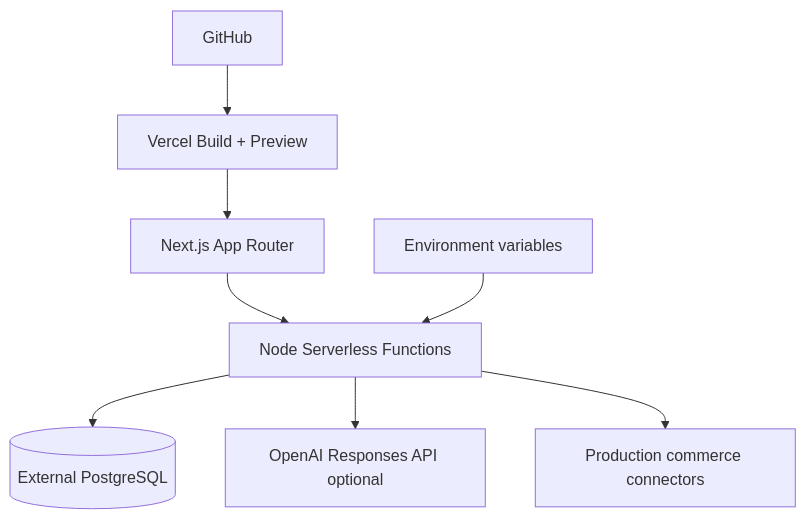
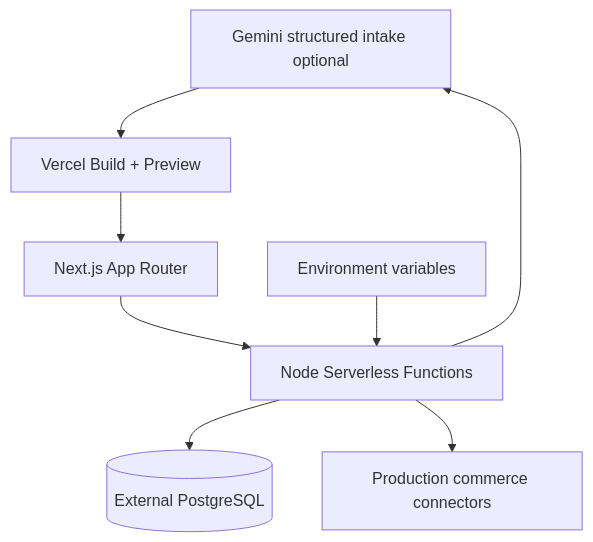
The third of 3 diagrams in docs/ARCHITECTURE.md (Arawal123/resolvex-agentic-commerce), drawn with Mermaid before and after one commit. The commit also changed 41 other files, not shown here.

````diff
--- a/docs/ARCHITECTURE.md
+++ b/docs/ARCHITECTURE.md
@@ -45,10 +45,10 @@
 ```mermaid
 flowchart TB
   G[GitHub] --> V[Vercel Build + Preview]
   V --> N[Next.js App Router]
   N --> F[Node Serverless Functions]
   F --> P[(External PostgreSQL)]
-  F --> O[OpenAI Responses API optional]
+  F --> G[Gemini structured intake optional]
   F --> X[Production commerce connectors]
   M[Environment variables] --> F
 ```
````
